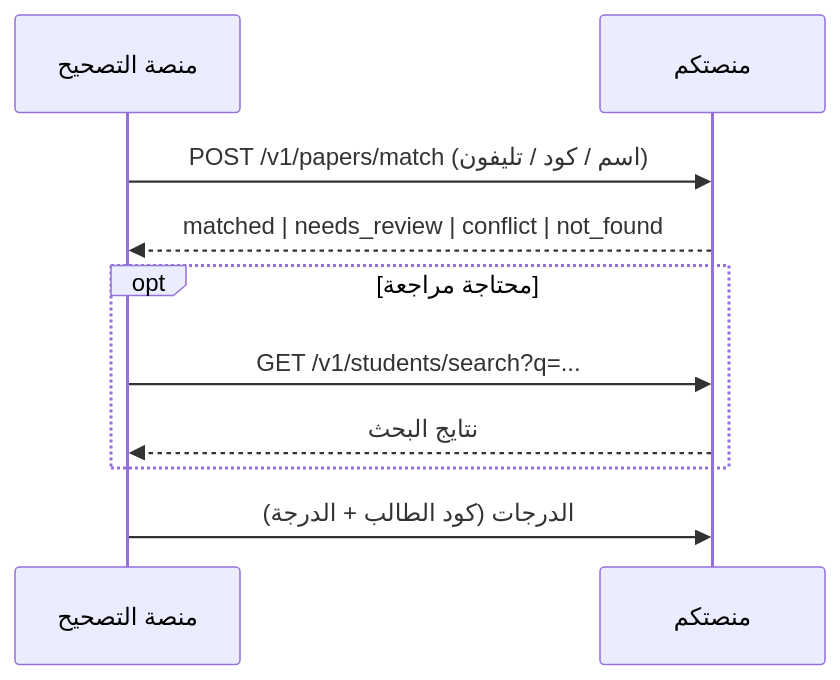
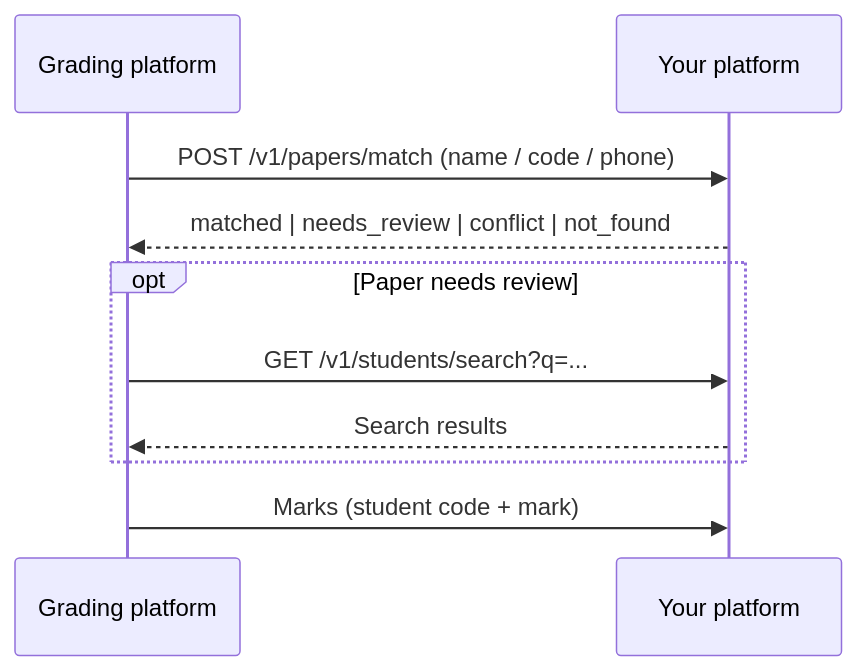
One commit to OMARg404/student-matching- changed the diagram in README.md. Above: the diagram before and after it, drawn with Mermaid. The commit also changed other lines of this file and 4 other files, not shown here.

````diff
--- a/README.md
+++ b/README.md
@@ -14,12 +14,12 @@
 ```mermaid
 sequenceDiagram
-    participant G as منصة التصحيح
-    participant A as منصتكم
-    G->>A: POST /v1/papers/match (اسم / كود / تليفون)
+    participant G as Grading platform
+    participant A as Your platform
+    G->>A: POST /v1/papers/match (name / code / phone)
     A-->>G: matched | needs_review | conflict | not_found
-    opt محتاجة مراجعة
+    opt Paper needs review
         G->>A: GET /v1/students/search?q=...
-        A-->>G: نتايج البحث
+        A-->>G: Search results
     end
-    G->>A: الدرجات (كود الطالب + الدرجة)
+    G->>A: Marks (student code + mark)
 ```
````
